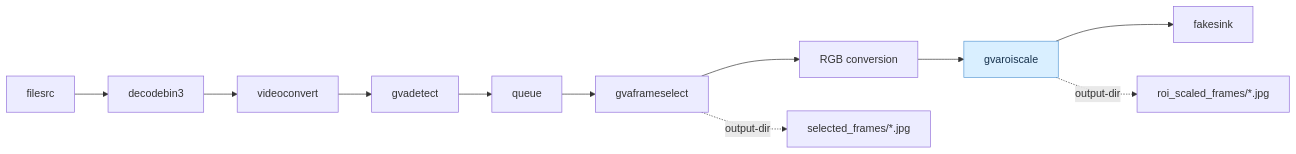
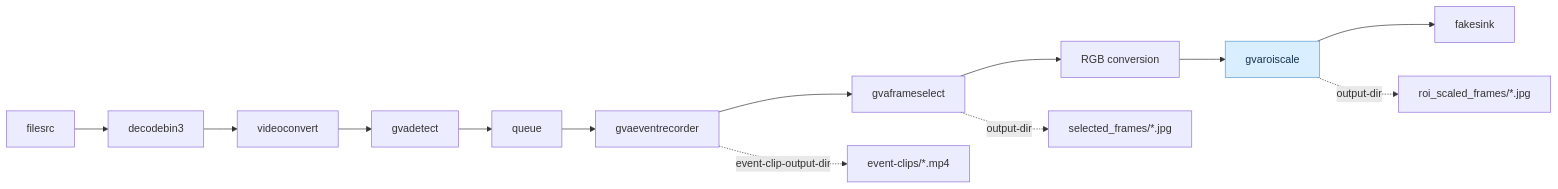
The diagram in samples/gstreamer/gst_launch/gvaroiscale/README.md (open-edge-platform/dlstreamer), drawn with Mermaid before and after one commit. The commit also changed other lines of this file and 5 other files, not shown here.

Commit message:
Updated gvaeventrecorder, gvaframeselect and gvaroiscale samples and READMEs.

````diff
--- a/samples/gstreamer/gst_launch/gvaroiscale/README.md
+++ b/samples/gstreamer/gst_launch/gvaroiscale/README.md
@@ -10,8 +10,9 @@
 ```mermaid
 flowchart LR
-	source["filesrc"] --> decode["decodebin3"] --> convert["videoconvert"] --> detect["gvadetect"] --> queue["queue"] --> select["gvaframeselect"] --> rgb["RGB conversion"] --> scale["gvaroiscale"] --> sink["fakesink"]
+	source["filesrc"] --> decode["decodebin3"] --> convert["videoconvert"] --> detect["gvadetect"] --> queue["queue"] --> record["gvaeventrecorder"] --> select["gvaframeselect"] --> rgb["RGB conversion"] --> scale["gvaroiscale"] --> sink["fakesink"]
+	record -. "event-clip-output-dir" .-> clips["event-clips/*.mp4"]
 	select -. "output-dir" .-> selected["selected_frames/*.jpg"]
 	scale -. "output-dir" .-> roiFrames["roi_scaled_frames/*.jpg"]
 	classDef highlighted fill:#d9efff,stroke:#5b9bd5,color:#17324d
 	class scale highlighted
 ```
````
